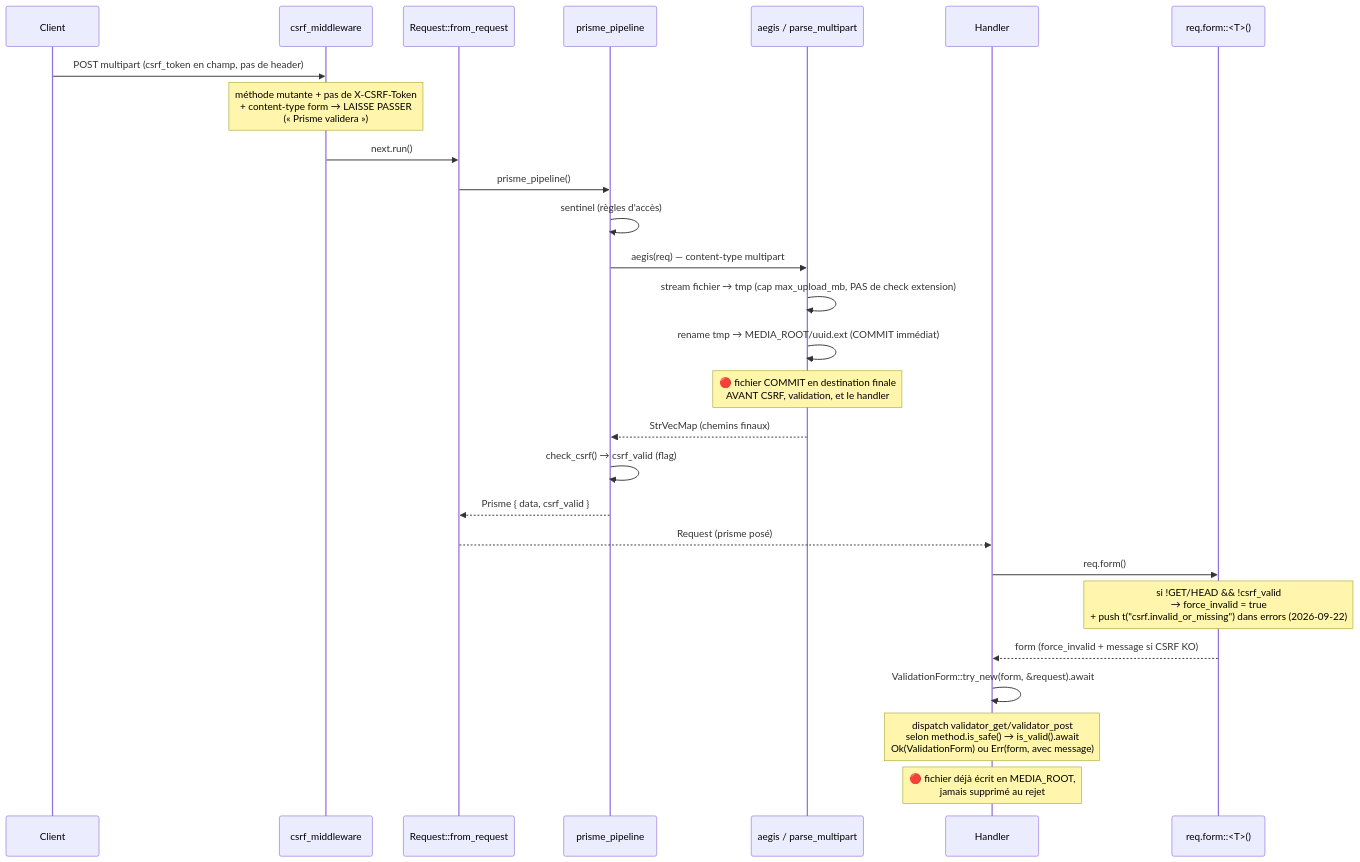
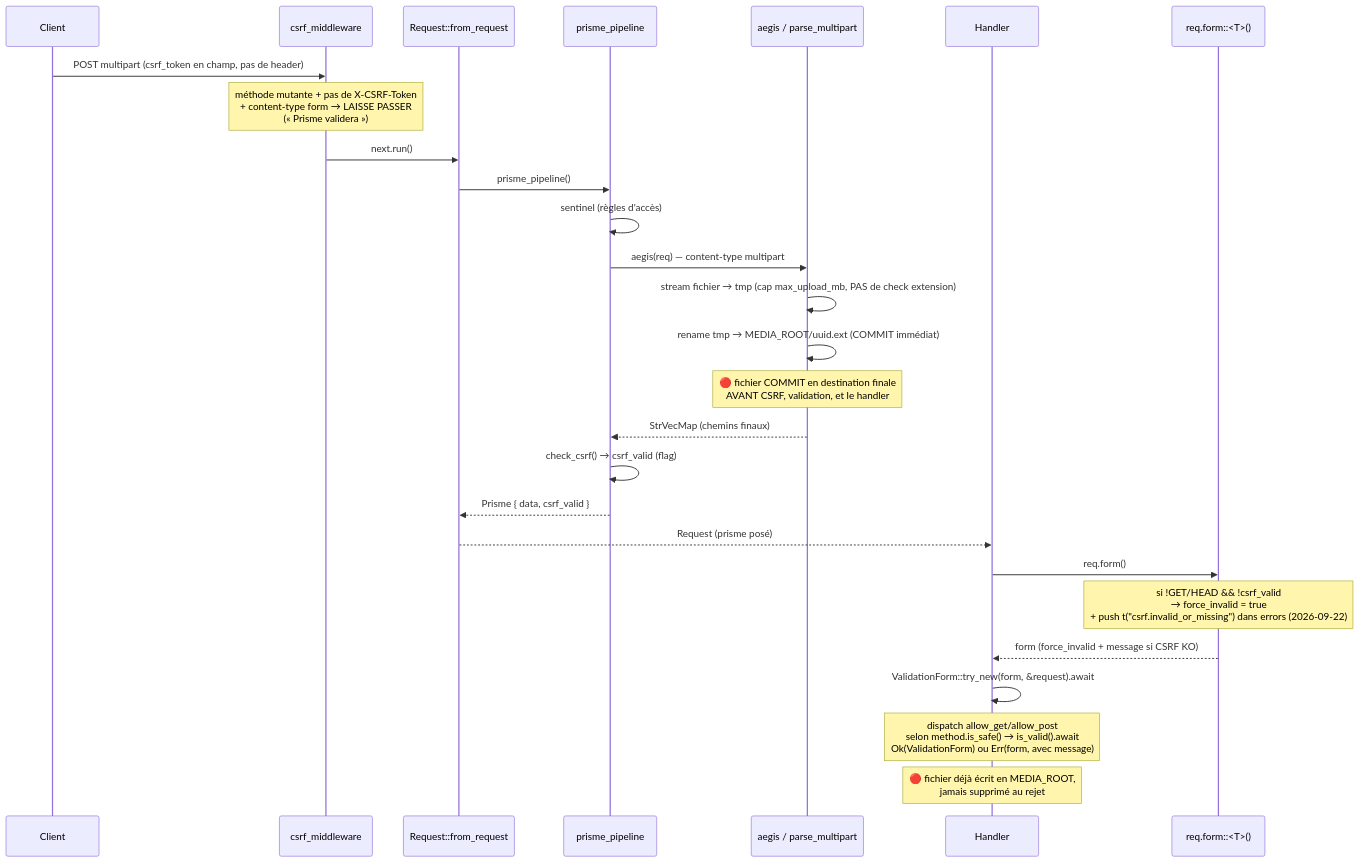
One commit to seb-alliot/runique changed the diagram in diagramme/flux/requete-csrf-upload.md. Above: the diagram before and after it, drawn with Mermaid. The commit also changed other lines of this file and 20 other files, not shown here.

````diff
--- a/diagramme/flux/requete-csrf-upload.md
+++ b/diagramme/flux/requete-csrf-upload.md
@@ -5,30 +5,30 @@
 ```mermaid
 sequenceDiagram
     participant C as Client
     participant MW as csrf_middleware
     participant EX as Request::from_request
     participant P as prisme_pipeline
     participant AG as aegis / parse_multipart
     participant H as Handler
     participant F as req.form::<T>()
 
     C->>MW: POST multipart (csrf_token en champ, pas de header)
     Note over MW: méthode mutante + pas de X-CSRF-Token<br/>+ content-type form → LAISSE PASSER<br/>(« Prisme validera »)
     MW->>EX: next.run()
     EX->>P: prisme_pipeline()
     P->>P: sentinel (règles d'accès)
     P->>AG: aegis(req) — content-type multipart
     AG->>AG: stream fichier → tmp (cap max_upload_mb, PAS de check extension)
     AG->>AG: rename tmp → MEDIA_ROOT/uuid.ext (COMMIT immédiat)
     Note over AG: 🔴 fichier COMMIT en destination finale<br/>AVANT CSRF, validation, et le handler
     AG-->>P: StrVecMap (chemins finaux)
     P->>P: check_csrf() → csrf_valid (flag)
     P-->>EX: Prisme { data, csrf_valid }
     EX-->>H: Request (prisme posé)
     H->>F: req.form()
     Note over F: si !GET/HEAD && !csrf_valid<br/>→ force_invalid = true<br/>+ push t("csrf.invalid_or_missing") dans errors (2026-09-22)
     F-->>H: form (force_invalid + message si CSRF KO)
     H->>H: ValidationForm::try_new(form, &request).await
-    Note over H: dispatch validator_get/validator_post<br/>selon method.is_safe() → is_valid().await<br/>Ok(ValidationForm) ou Err(form, avec message)
+    Note over H: dispatch allow_get/allow_post<br/>selon method.is_safe() → is_valid().await<br/>Ok(ValidationForm) ou Err(form, avec message)
     Note over H: 🔴 fichier déjà écrit en MEDIA_ROOT,<br/>jamais supprimé au rejet
 ```
````
